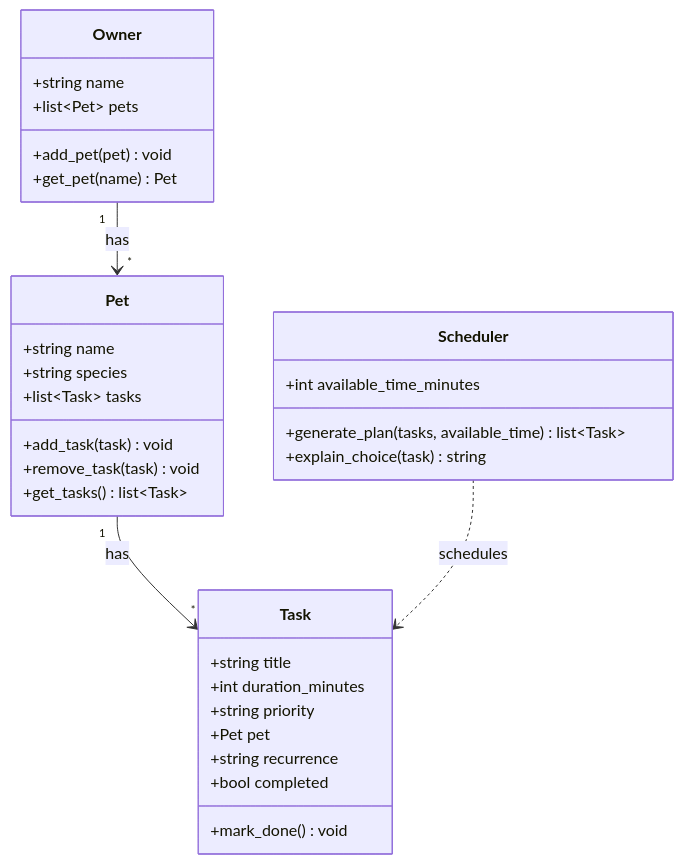
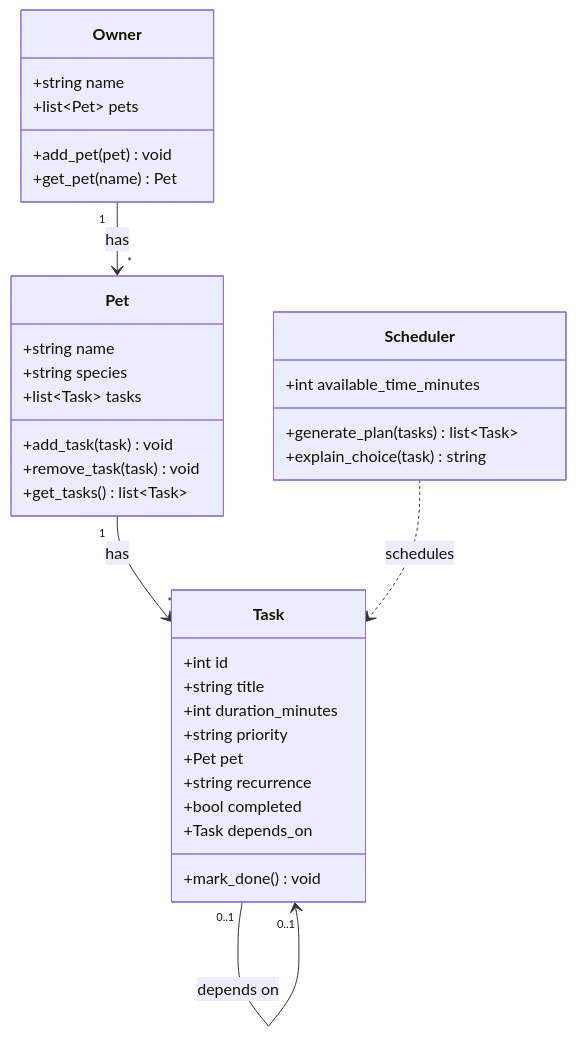
One commit to z1netdin/ai110-module2show-pawpal-starter changed the diagram in diagrams/uml_draft.mmd. Above: the diagram before and after it, drawn with Mermaid. The commit also changed 5 other files, not shown here.

```diff
--- a/diagrams/uml_draft.mmd
+++ b/diagrams/uml_draft.mmd
@@ -1,36 +1,40 @@
 classDiagram
     class Owner {
         +string name
         +list~Pet~ pets
         +add_pet(pet) void
         +get_pet(name) Pet
     }
 
     class Pet {
         +string name
         +string species
         +list~Task~ tasks
         +add_task(task) void
         +remove_task(task) void
         +get_tasks() list~Task~
     }
 
     class Task {
+        +int id
         +string title
         +int duration_minutes
         +string priority
         +Pet pet
         +string recurrence
         +bool completed
+        +Task depends_on
         +mark_done() void
     }
 
+    Task "0..1" --> "0..1" Task : depends on
+
     class Scheduler {
         +int available_time_minutes
-        +generate_plan(tasks, available_time) list~Task~
+        +generate_plan(tasks) list~Task~
         +explain_choice(task) string
     }
 
     Owner "1" --> "*" Pet : has
     Pet "1" --> "*" Task : has
     Scheduler ..> Task : schedules
```
